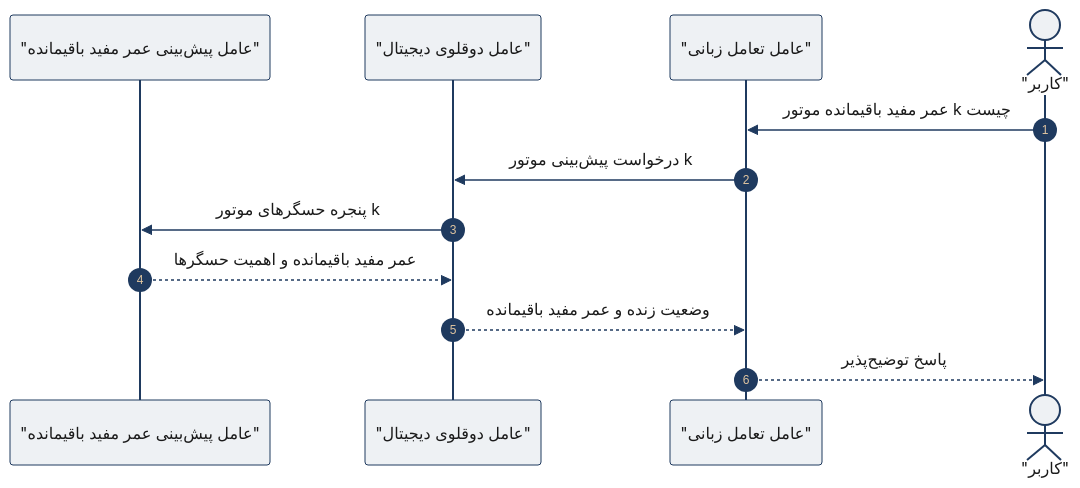
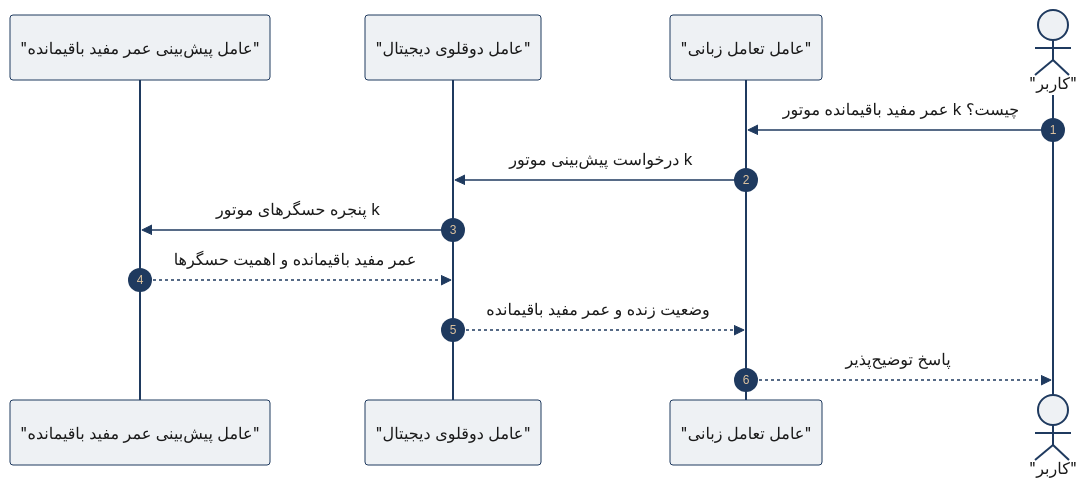
The first of 2 diagrams in Writing/Theses/IUT_Theses/images/arch_sequence.md (navidnasyry/MasterAsCode), drawn with Mermaid before and after one commit. The commit also changed other lines of this file and 31 other files, not shown here.

````diff
--- a/Writing/Theses/IUT_Theses/images/arch_sequence.md
+++ b/Writing/Theses/IUT_Theses/images/arch_sequence.md
@@ -46,32 +24,32 @@
 ```mermaid
----
-config:
-  theme: base
-  themeVariables:
-    primaryColor: "#eef1f4"
-    primaryTextColor: "#1a1a1a"
-    primaryBorderColor: "#1f3a5f"
-    lineColor: "#1f3a5f"
-    actorBkg: "#eef1f4"
-    actorBorder: "#1f3a5f"
-    actorTextColor: "#1a1a1a"
-    signalColor: "#1f3a5f"
-    signalTextColor: "#1a1a1a"
-    noteBkgColor: "#eef1f4"
-    noteBorderColor: "#1f3a5f"
-    noteTextColor: "#1a1a1a"
----
+%%{init: {
+  "theme": "base",
+  "themeVariables": {
+    "primaryColor": "#eef1f4",
+    "primaryTextColor": "#1a1a1a",
+    "primaryBorderColor": "#1f3a5f",
+    "lineColor": "#1f3a5f",
+    "actorBkg": "#eef1f4",
+    "actorBorder": "#1f3a5f",
+    "actorTextColor": "#1a1a1a",
+    "signalColor": "#1f3a5f",
+    "signalTextColor": "#1a1a1a",
+    "noteBkgColor": "#eef1f4",
+    "noteBorderColor": "#1f3a5f",
+    "noteTextColor": "#1a1a1a"
+  }
+}}%%
 sequenceDiagram
     autonumber
     participant P as "عامل پیش‌بینی عمر مفید باقیمانده"
     participant D as "عامل دوقلوی دیجیتال"
     participant L as "عامل تعامل زبانی"
     actor U as "کاربر"
 
-    U->>L: عمر مفید باقیمانده موتور k چیست
+    U->>L: عمر مفید باقیمانده موتور k چیست؟
     L->>D: درخواست پیش‌بینی موتور k
     D->>P: پنجره حسگرهای موتور k
     P-->>D: عمر مفید باقیمانده و اهمیت حسگرها
     D-->>L: وضعیت زنده و عمر مفید باقیمانده
     L-->>U: پاسخ توضیح‌پذیر
 ```
````
